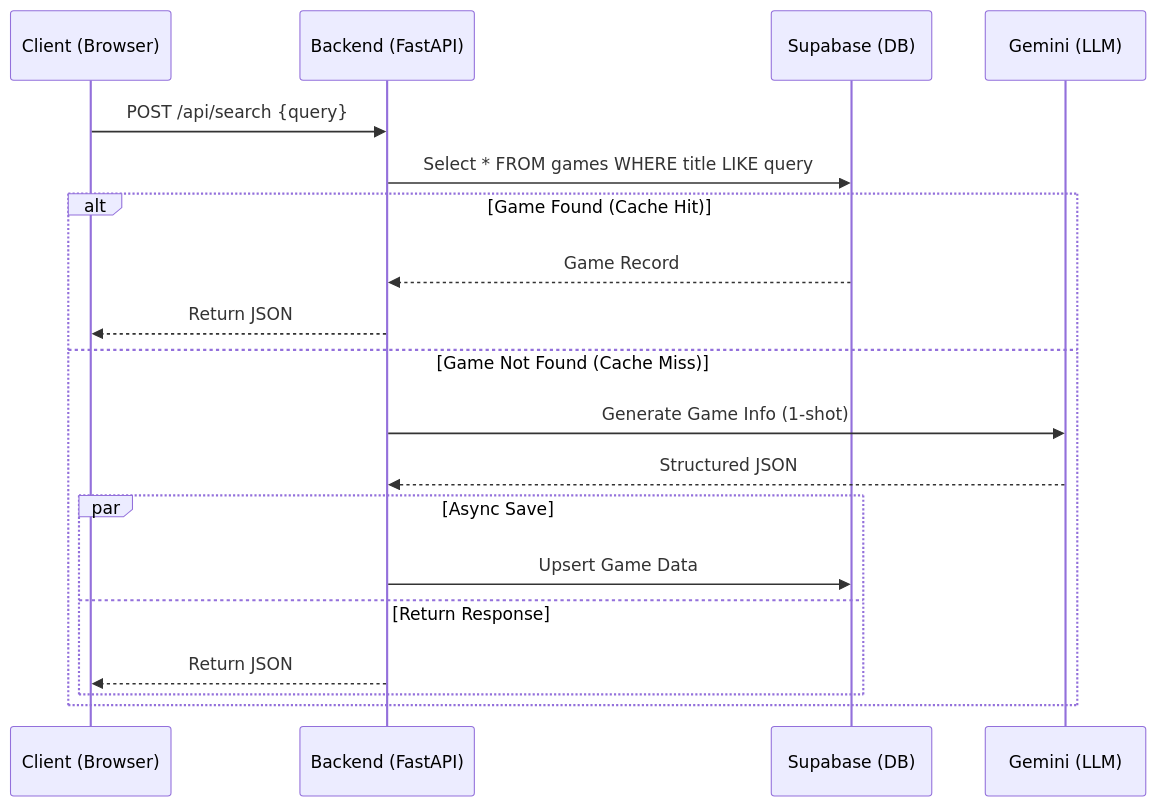
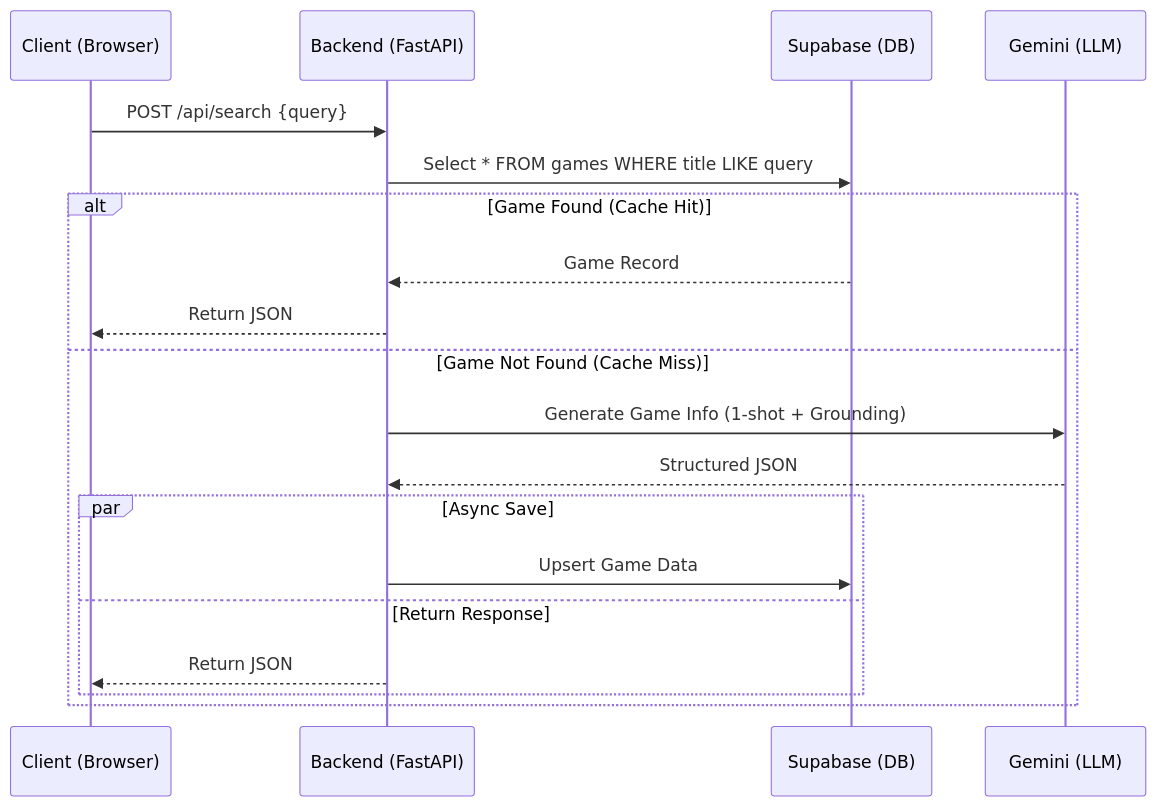
Before and after one commit to KAFKA2306/rule-scribe-games: the third of 3 diagrams in docs/PROJECT_MASTER_GUIDE.md, drawn with Mermaid. The commit also changed other lines of this file and 19 other files, not shown here.

````diff
--- a/docs/PROJECT_MASTER_GUIDE.md
+++ b/docs/PROJECT_MASTER_GUIDE.md
@@ -167,25 +165,25 @@
 ```mermaid
 sequenceDiagram
     participant User as Client (Browser)
     participant API as Backend (FastAPI)
     participant DB as Supabase (DB)
     participant AI as Gemini (LLM)
 
     User->>API: POST /api/search {query}
     
     API->>DB: Select * FROM games WHERE title LIKE query
     
     alt Game Found (Cache Hit)
         DB-->>API: Game Record
         API-->>User: Return JSON
     else Game Not Found (Cache Miss)
-        API->>AI: Generate Game Info (1-shot)
+        API->>AI: Generate Game Info (1-shot + Grounding)
         AI-->>API: Structured JSON
         
         par Async Save
             API->>DB: Upsert Game Data
         and Return Response
             API-->>User: Return JSON
         end
     end
 ```
````
